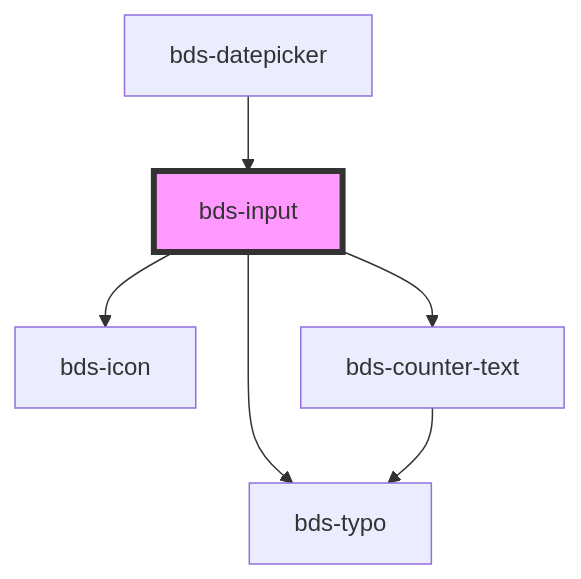
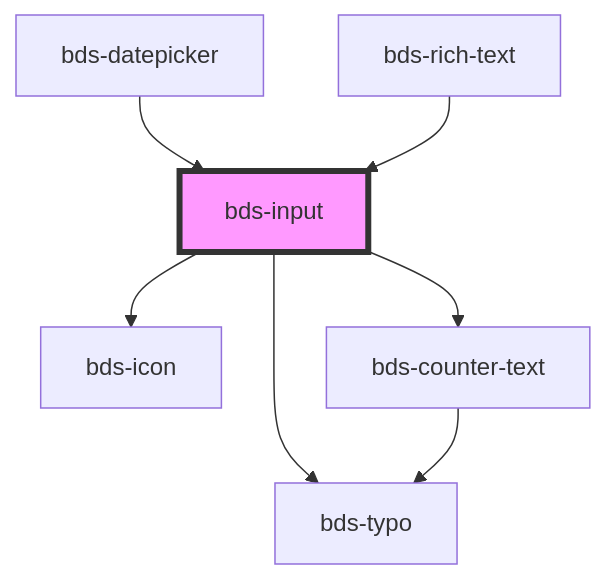
One commit to takenet/blip-ds changed the diagram in src/components/input/readme.md. Above: the diagram before and after it, drawn with Mermaid. The commit also changed other lines of this file and 20 other files, not shown here.

Commit message:
feat(rich-text): new component Rich Text

````diff
--- a/src/components/input/readme.md
+++ b/src/components/input/readme.md
@@ -136,9 +137,10 @@
 ```mermaid
 graph TD;
   bds-input --> bds-icon
   bds-input --> bds-typo
   bds-input --> bds-counter-text
   bds-counter-text --> bds-typo
   bds-datepicker --> bds-input
+  bds-rich-text --> bds-input
   style bds-input fill:#f9f,stroke:#333,stroke-width:4px
 ```
````
